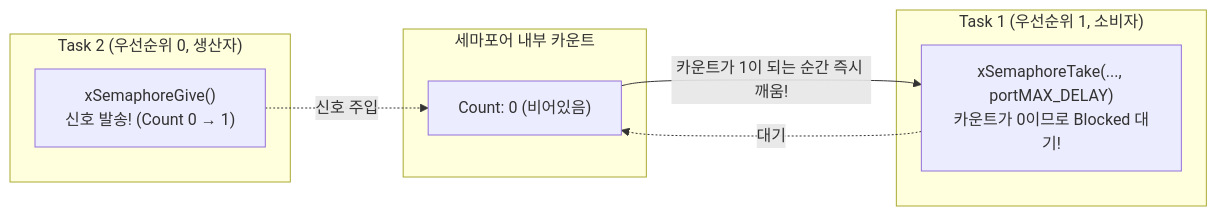
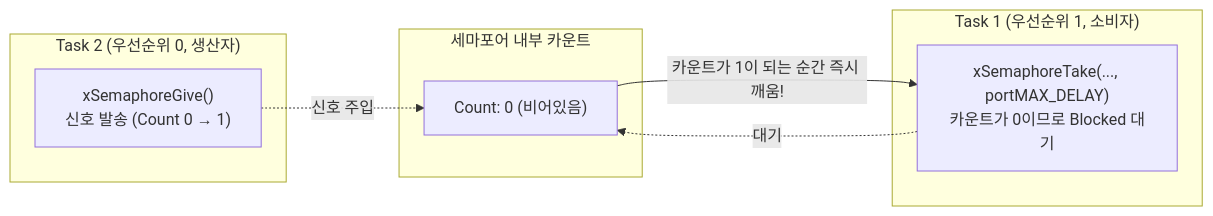
One commit to yunju-baek/FreeRTOS-Tutorials-ko changed the first of 2 diagrams in ko/guides/tutorial_12.md. Above: the diagram before and after it, drawn with Mermaid. The commit also changed other lines of this file and 37 other files, not shown here.

````diff
--- a/ko/guides/tutorial_12.md
+++ b/ko/guides/tutorial_12.md
@@ -37,18 +39,18 @@
 ```mermaid
 flowchart LR
     subgraph S["세마포어 내부 카운트"]
         C["Count: 0 (비어있음)"]
     end
 
     subgraph T1["Task 1 (우선순위 1, 소비자)"]
-        Take["xSemaphoreTake(..., portMAX_DELAY)<br/>카운트가 0이므로 Blocked 대기!"]
+        Take["xSemaphoreTake(..., portMAX_DELAY)<br/>카운트가 0이므로 Blocked 대기"]
     end
 
     subgraph T2["Task 2 (우선순위 0, 생산자)"]
-        Give["xSemaphoreGive()<br/>신호 발송! (Count 0 → 1)"]
+        Give["xSemaphoreGive()<br/>신호 발송 (Count 0 → 1)"]
     end
 
     Take -.대기.-> C
     Give -.신호 주입.-> C
     C -->|카운트가 1이 되는 순간 즉시 깨움!| Take
 ```
````
